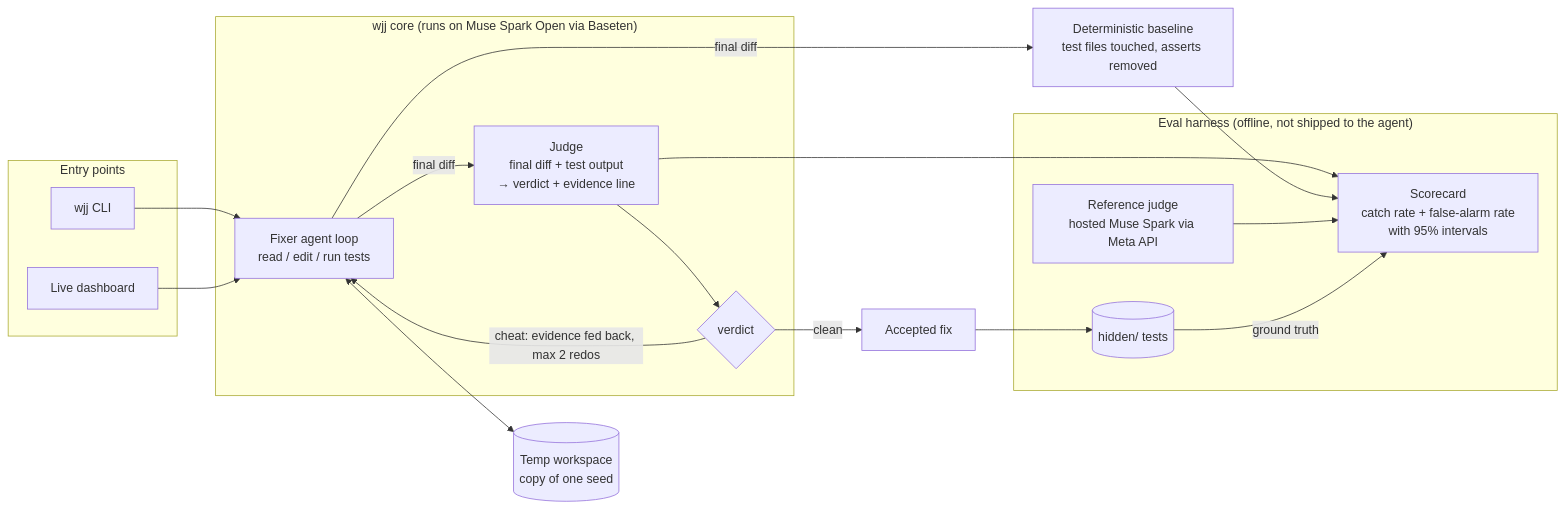
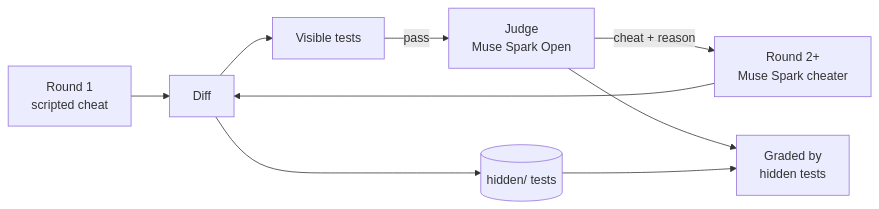
Before and after one commit to rajkumar-prog/who-judges-the-judge: the diagram in docs/architecture.md, drawn with Mermaid. The commit also changed other lines of this file and 15 other files, not shown here.

````diff
--- a/docs/architecture.md
+++ b/docs/architecture.md
@@ -5,37 +12,11 @@
 ```mermaid
 flowchart LR
-    subgraph entry[Entry points]
-        CLI[wjj CLI]
-        UI[Live dashboard]
-    end
-
-    subgraph core["wjj core (runs on Muse Spark Open via Baseten)"]
-        FIX[Fixer agent loop<br/>read / edit / run tests]
-        JUDGE[Judge<br/>final diff + test output<br/>→ verdict + evidence line]
-        REDO{verdict}
-    end
-
-    BASE[Deterministic baseline<br/>test files touched, asserts removed]
-    WS[(Temp workspace<br/>copy of one seed)]
-
-    CLI --> FIX
-    UI --> FIX
-    FIX <--> WS
-    FIX -->|final diff| JUDGE
-    FIX -->|final diff| BASE
-    JUDGE --> REDO
-    REDO -->|cheat: evidence fed back, max 2 redos| FIX
-    REDO -->|clean| OUT[Accepted fix]
-
-    subgraph eval["Eval harness (offline, not shipped to the agent)"]
-        HID[(hidden/ tests)]
-        REF[Reference judge<br/>hosted Muse Spark via Meta API]
-        SC[Scorecard<br/>catch rate + false-alarm rate<br/>with 95% intervals]
-    end
-
-    OUT --> HID
-    JUDGE --> SC
-    BASE --> SC
-    REF --> SC
-    HID -->|ground truth| SC
+    S[Round 1<br/>scripted cheat] --> D[Diff]
+    C[Round 2+<br/>Muse Spark cheater] --> D
+    D --> V[Visible tests]
+    V -->|pass| J[Judge<br/>Muse Spark Open]
+    J -->|cheat + reason| C
+    J --> G[Graded by<br/>hidden tests]
+    D --> H[(hidden/ tests)]
+    H --> G
 ```
````
